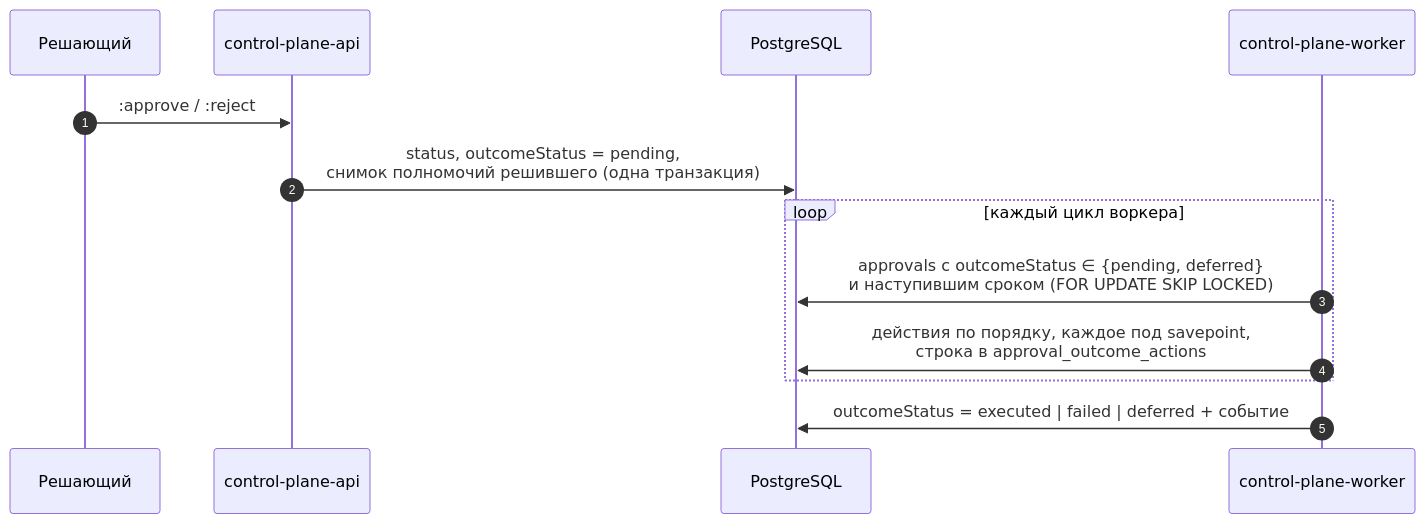
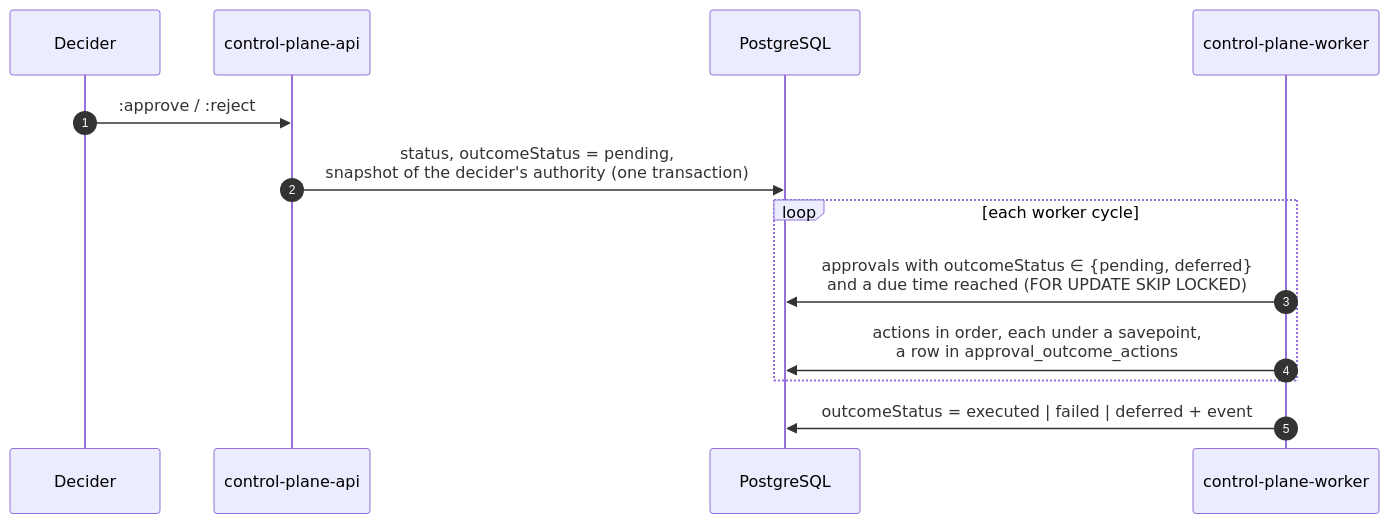
Before and after one commit to monthu56/taimen: the third of 4 diagrams in guide/docs/control-plane/approvals.md, drawn with Mermaid. The commit also changed other lines of this file and 183 other files, not shown here.

````diff
--- a/guide/docs/control-plane/approvals.md
+++ b/guide/docs/control-plane/approvals.md
@@ -272,15 +273,15 @@
 ```mermaid
 sequenceDiagram
     autonumber
-    participant D as Решающий
+    participant D as Decider
     participant API as control-plane-api
     participant DB as PostgreSQL
     participant W as control-plane-worker
     D->>API: :approve / :reject
-    API->>DB: status, outcomeStatus = pending,<br/>снимок полномочий решившего (одна транзакция)
-    loop каждый цикл воркера
-        W->>DB: approvals с outcomeStatus ∈ {pending, deferred}<br/>и наступившим сроком (FOR UPDATE SKIP LOCKED)
-        W->>DB: действия по порядку, каждое под savepoint,<br/>строка в approval_outcome_actions
+    API->>DB: status, outcomeStatus = pending,<br/>snapshot of the decider's authority (one transaction)
+    loop each worker cycle
+        W->>DB: approvals with outcomeStatus ∈ {pending, deferred}<br/>and a due time reached (FOR UPDATE SKIP LOCKED)
+        W->>DB: actions in order, each under a savepoint,<br/>a row in approval_outcome_actions
     end
-    W->>DB: outcomeStatus = executed | failed | deferred + событие
+    W->>DB: outcomeStatus = executed | failed | deferred + event
 ```
````
